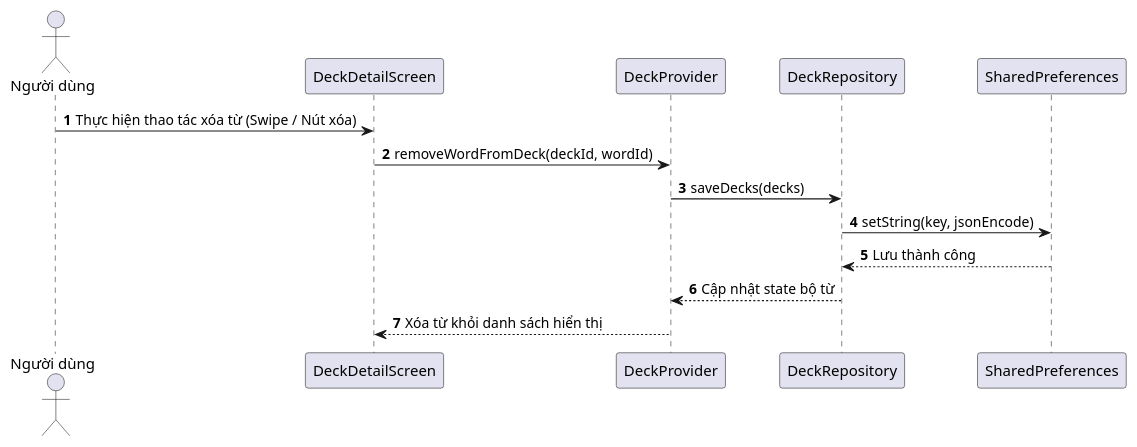
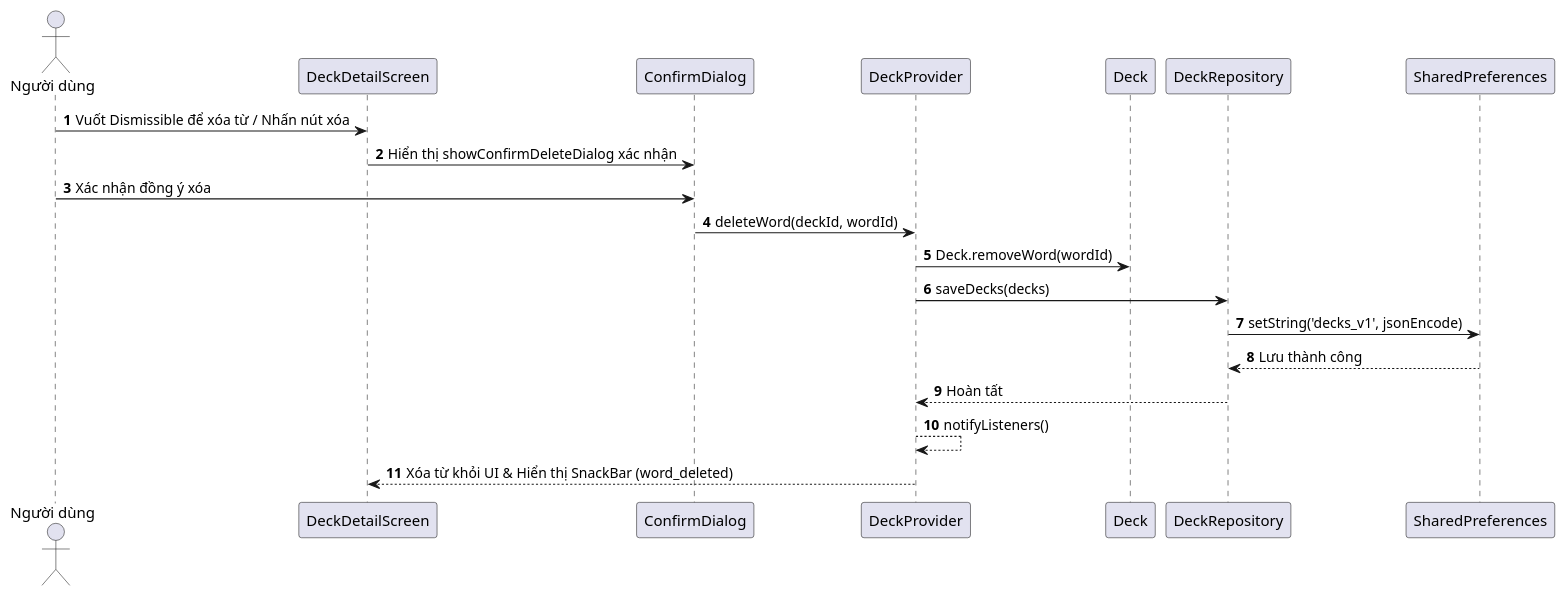
Before and after one commit to hoang-adu/2026_2027_1_1_LTTBDD_N01_Nhom_2: the diagram in docs/sequence_delete_word.puml, drawn with PlantUML. The commit also changed 3 other files, not shown here.

Commit message:
docs & test: cập nhật chuẩn sequence diagrams và integration test

```diff
--- a/docs/sequence_delete_word.puml
+++ b/docs/sequence_delete_word.puml
@@ -1,16 +1,22 @@
 @startuml
 autonumber
 actor "Người dùng" as User
 participant "DeckDetailScreen" as UI
+participant "ConfirmDialog" as Dialog
 participant "DeckProvider" as Provider
+participant "Deck" as Model
 participant "DeckRepository" as Repo
 participant "SharedPreferences" as Prefs
 
-User -> UI: Thực hiện thao tác xóa từ (Swipe / Nút xóa)
-UI -> Provider: removeWordFromDeck(deckId, wordId)
+User -> UI: Vuốt Dismissible để xóa từ / Nhấn nút xóa
+UI -> Dialog: Hiển thị showConfirmDeleteDialog xác nhận
+User -> Dialog: Xác nhận đồng ý xóa
+Dialog -> Provider: deleteWord(deckId, wordId)
+Provider -> Model: Deck.removeWord(wordId)
 Provider -> Repo: saveDecks(decks)
-Repo -> Prefs: setString(key, jsonEncode)
+Repo -> Prefs: setString('decks_v1', jsonEncode)
 Prefs --> Repo: Lưu thành công
-Repo --> Provider: Cập nhật state bộ từ
-Provider --> UI: Xóa từ khỏi danh sách hiển thị
+Repo --> Provider: Hoàn tất
+Provider --> Provider: notifyListeners()
+Provider --> UI: Xóa từ khỏi UI & Hiển thị SnackBar (word_deleted)
 @enduml
```
